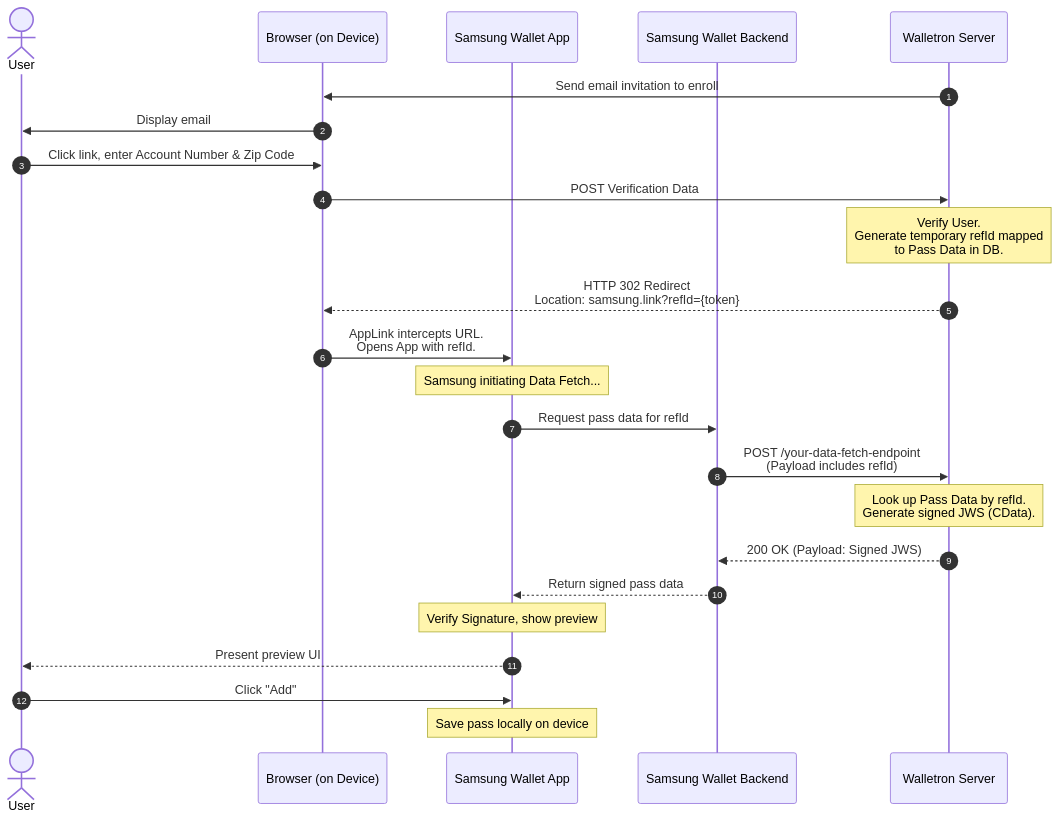
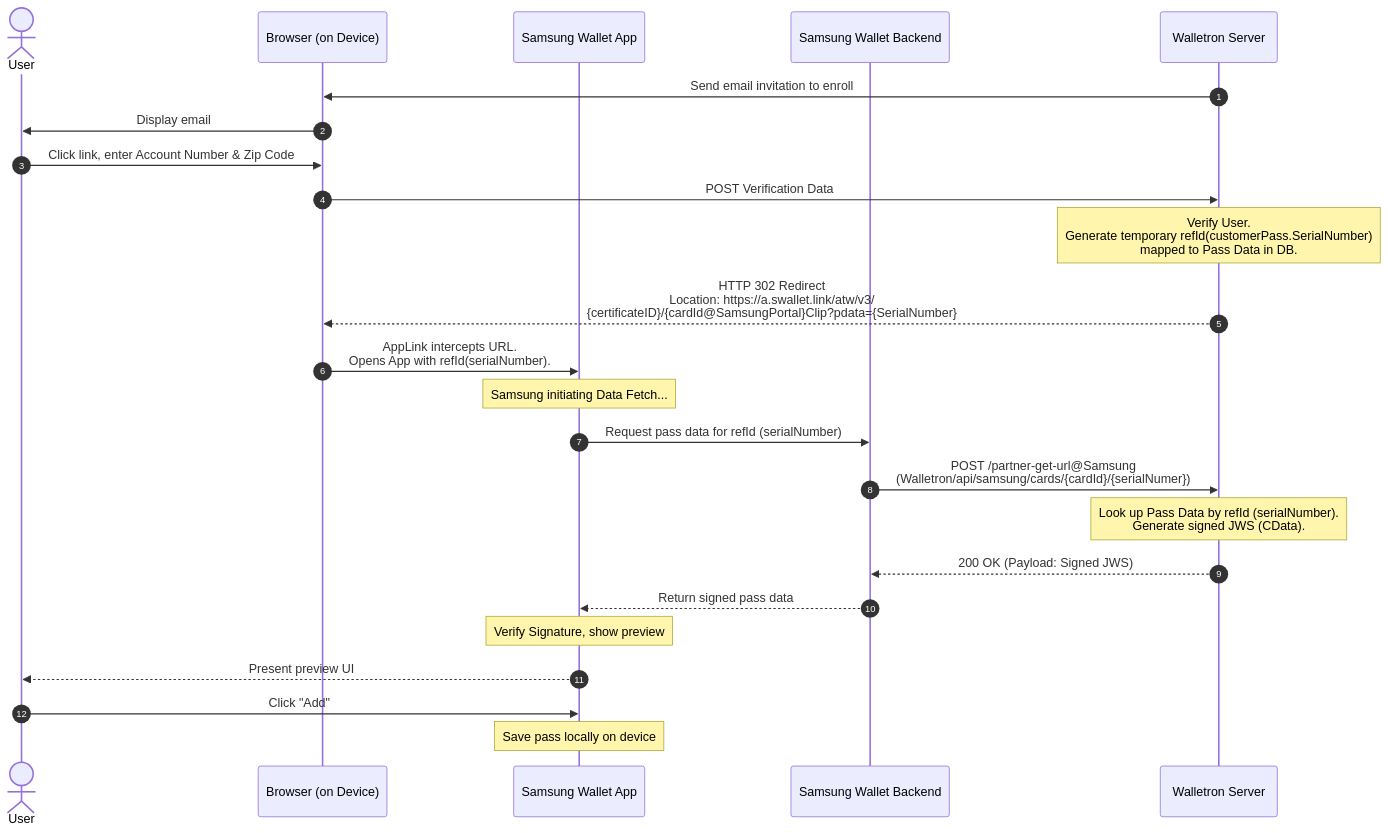
One commit to SandeepHooda/sequence-diagrams-uml changed the diagram in SamsungPass.md. Above: the diagram before and after it, drawn with Mermaid.

Commit message:
Update SamsungPass flow to use serialNumber

````diff
--- a/SamsungPass.md
+++ b/SamsungPass.md
@@ -1,38 +1,38 @@
 ```mermaid
 sequenceDiagram
     autonumber
     actor User
     participant Browser as Browser (on Device)
     participant SamsungApp as Samsung Wallet App
     participant SamsungBack as Samsung Wallet Backend
     participant Walletron as Walletron Server
 
     %% Steps 1 & 2: User Verification (Same as before)
     Walletron->>Browser: Send email invitation to enroll
     Browser->>User: Display email
     User->>Browser: Click link, enter Account Number & Zip Code
     Browser->>Walletron: POST Verification Data
 
     %% Step 3: Reference Token Generation
-    Note over Walletron: Verify User.<br/>Generate temporary refId mapped<br/>to Pass Data in DB.
+    Note over Walletron: Verify User.<br/>Generate temporary refId(customerPass.SerialNumber) <br/> mapped to Pass Data in DB.
 
-    %% Step 4: Redirect with refId only
-    Walletron-->>Browser: HTTP 302 Redirect<br/>Location: samsung.link?refId={token}
+    %% Step 4: Redirect with serialNumber
+    Walletron-->>Browser: HTTP 302 Redirect<br/>Location: https://a.swallet.link/atw/v3/<br/>{certificateID}/{cardId@SamsungPortal}Clip?pdata={SerialNumber}
 
     %% Step 5: AppLink Intercept
-    Browser->>SamsungApp: AppLink intercepts URL.<br/>Opens App with refId.
+    Browser->>SamsungApp: AppLink intercepts URL.<br/>Opens App with refId(serialNumber).
 
     %% Step 6: The Data Fetch (Server-to-Server)
     Note over SamsungApp: Samsung initiating Data Fetch...
-    SamsungApp->>SamsungBack: Request pass data for refId
-    SamsungBack->>Walletron: POST /your-data-fetch-endpoint<br/>(Payload includes refId)
-    Note over Walletron: Look up Pass Data by refId.<br/>Generate signed JWS (CData).
+    SamsungApp->>SamsungBack: Request pass data for refId (serialNumber)
+    SamsungBack->>Walletron: POST /partner-get-url@Samsung <br/>(Walletron/api/samsung/cards/{cardId}/{serialNumer})
+    Note over Walletron: Look up Pass Data by refId (serialNumber).<br/>Generate signed JWS (CData).
     Walletron-->>SamsungBack: 200 OK (Payload: Signed JWS)
     SamsungBack-->>SamsungApp: Return signed pass data
 
     %% Step 7: Save to Wallet
     Note over SamsungApp: Verify Signature, show preview
     SamsungApp-->>User: Present preview UI
     User->>SamsungApp: Click "Add"
     Note over SamsungApp: Save pass locally on device
 ```
````
